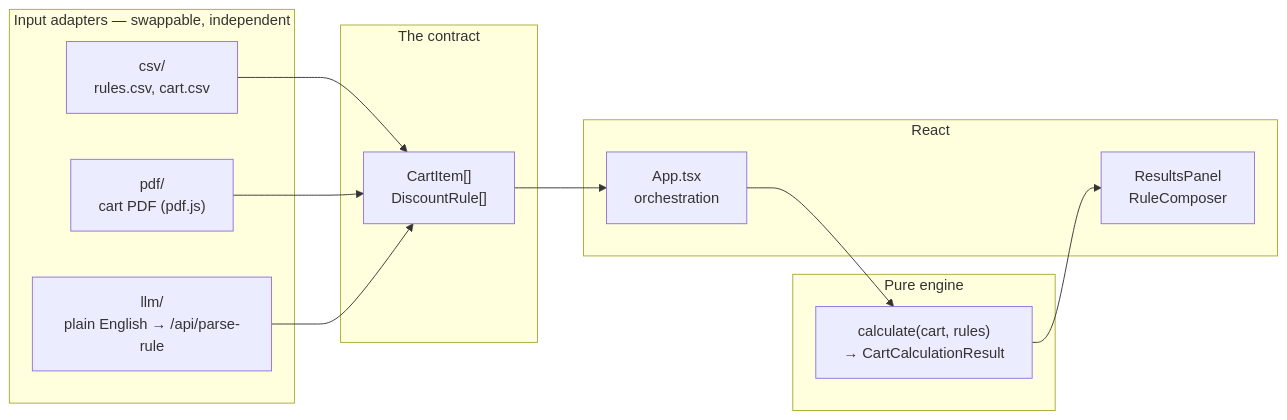
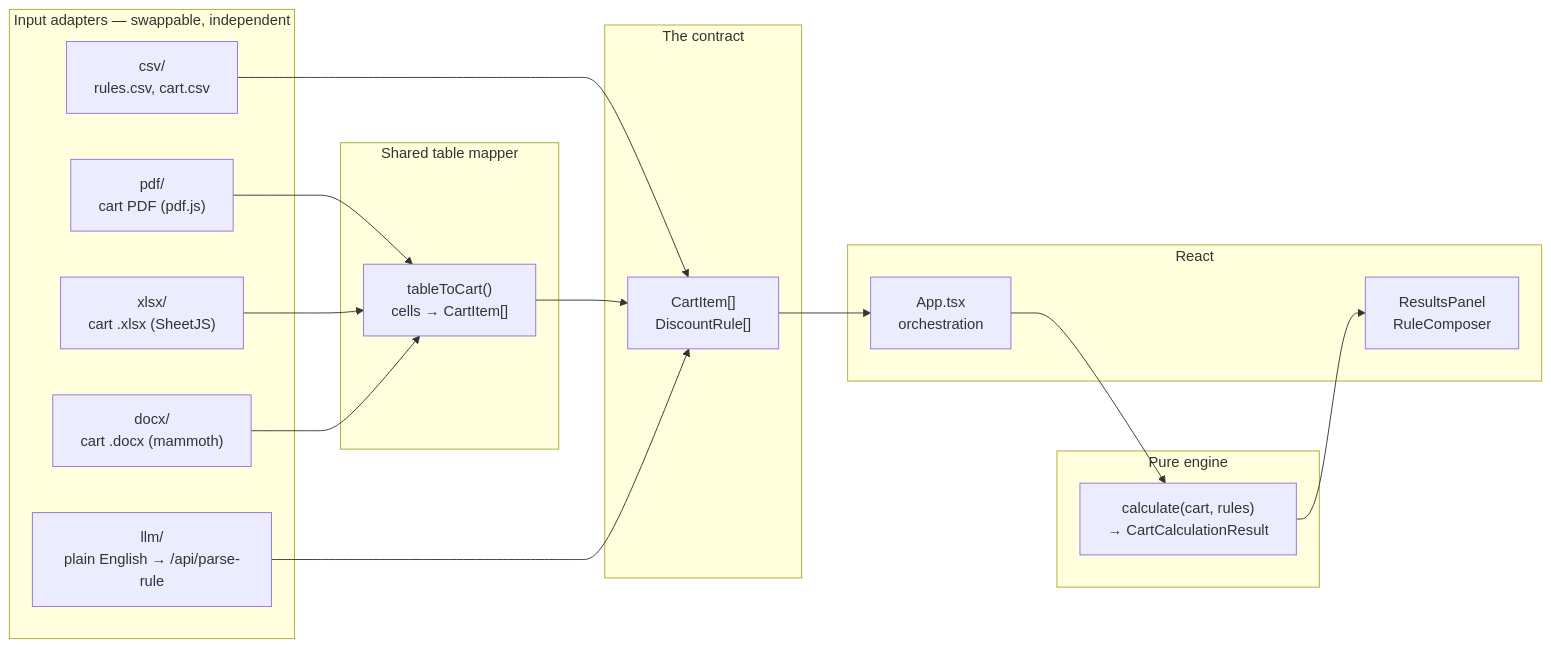
One commit to PrathikVittal/discount-engine-assignment changed the diagram in ARCHITECTURE.md. Above: the diagram before and after it, drawn with Mermaid. The commit also changed other lines of this file and 16 other files, not shown here.

````diff
--- a/ARCHITECTURE.md
+++ b/ARCHITECTURE.md
@@ -11,28 +11,37 @@
 ```mermaid
 flowchart LR
     subgraph Adapters["Input adapters — swappable, independent"]
         CSV["csv/<br/>rules.csv, cart.csv"]
         PDF["pdf/<br/>cart PDF (pdf.js)"]
+        XLS["xlsx/<br/>cart .xlsx (SheetJS)"]
+        DOC["docx/<br/>cart .docx (mammoth)"]
         LLM["llm/<br/>plain English → /api/parse-rule"]
+    end
+
+    subgraph Table["Shared table mapper"]
+        T["tableToCart()<br/>cells → CartItem[]"]
     end
 
     subgraph Contract["The contract"]
         C["CartItem[]<br/>DiscountRule[]"]
     end
 
     subgraph Engine["Pure engine"]
         E["calculate(cart, rules)<br/>→ CartCalculationResult"]
     end
 
     subgraph UI["React"]
         A["App.tsx<br/>orchestration"]
         R["ResultsPanel<br/>RuleComposer"]
     end
 
     CSV --> C
-    PDF --> C
+    PDF --> T
+    XLS --> T
+    DOC --> T
+    T --> C
     LLM --> C
     C --> A
     A --> E
     E --> R
 ```
````
